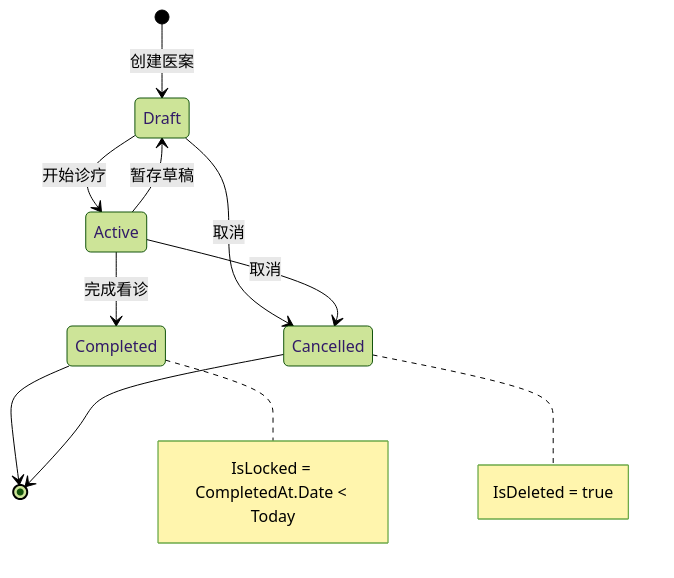
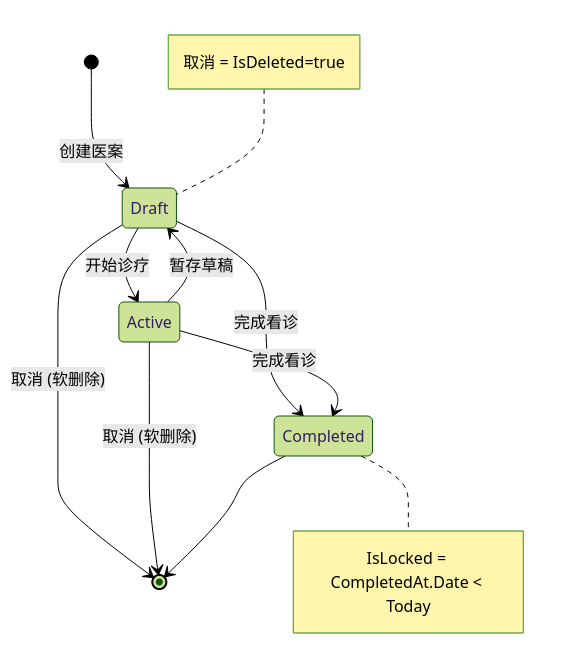
Before and after one commit to shouqitao/LYBTZYZS: the diagram in docs/02-requirements/medical-cases.md, drawn with Mermaid (forest theme). The commit also changed other lines of this file and 30 other files, not shown here.

````diff
--- a/docs/02-requirements/medical-cases.md
+++ b/docs/02-requirements/medical-cases.md
@@ -334,14 +336,14 @@
 ```mermaid
 stateDiagram-v2
     [*] --> Draft: 创建医案
     Draft --> Active: 开始诊疗
     Active --> Draft: 暂存草稿
+    Draft --> Completed: 完成看诊
     Active --> Completed: 完成看诊
-    Draft --> Cancelled: 取消
-    Active --> Cancelled: 取消
+    Draft --> [*]: 取消 (软删除)
+    Active --> [*]: 取消 (软删除)
     Completed --> [*]
-    Cancelled --> [*]
 
     note right of Completed: IsLocked = CompletedAt.Date < Today
-    note right of Cancelled: IsDeleted = true
+    note left of Draft: 取消 = IsDeleted=true
 ```
````
